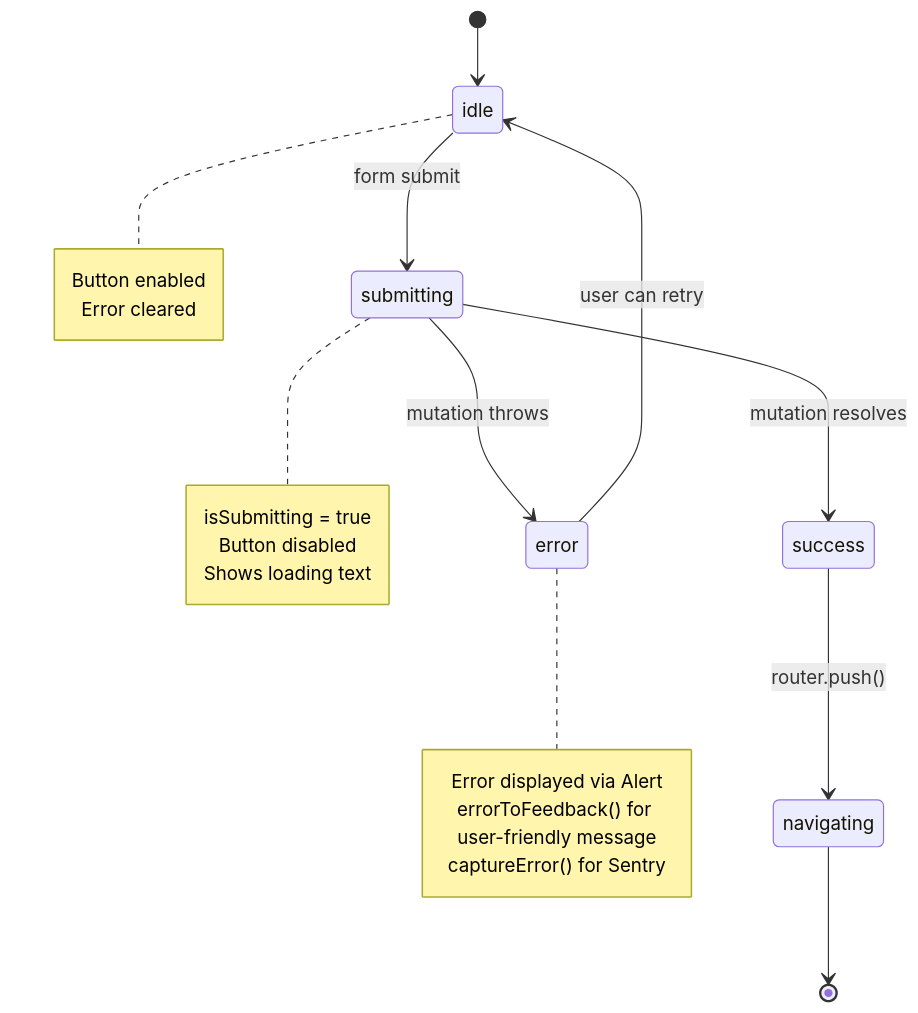
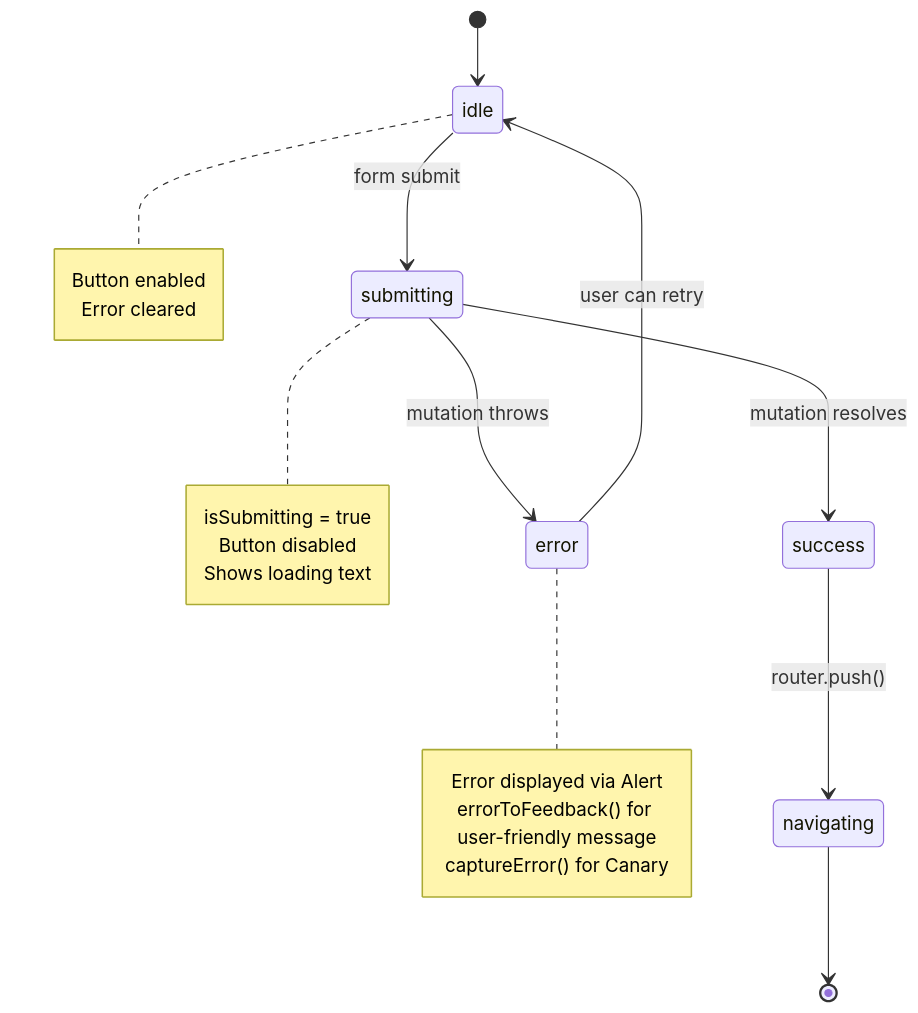
Before and after one commit to misty-step/linejam: the seventh of 7 diagrams in docs/state-diagrams.md, drawn with Mermaid. The commit also changed 89 other files, not shown here.

````diff
--- a/docs/state-diagrams.md
+++ b/docs/state-diagrams.md
@@ -316,32 +316,32 @@
 ```mermaid
 stateDiagram-v2
     [*] --> idle
 
     idle --> submitting : form submit
 
     submitting --> success : mutation resolves
     submitting --> error : mutation throws
 
     success --> navigating : router.push()
 
     error --> idle : user can retry
 
     navigating --> [*]
 
     note right of idle
         Button enabled
         Error cleared
     end note
 
     note right of submitting
         isSubmitting = true
         Button disabled
         Shows loading text
     end note
 
     note right of error
         Error displayed via Alert
         errorToFeedback() for user-friendly message
-        captureError() for Sentry
+        captureError() for Canary
     end note
 ```
````
